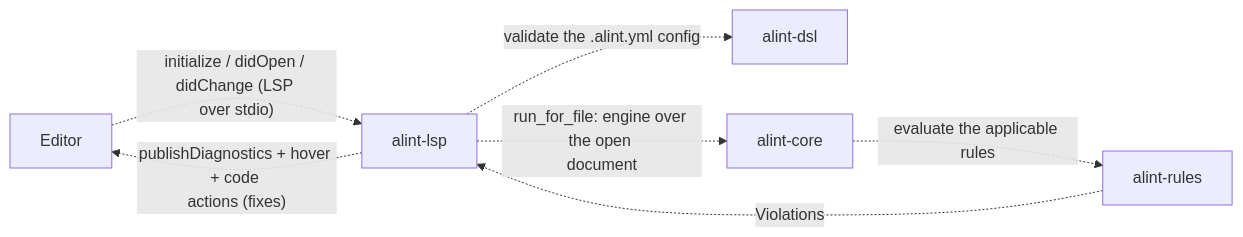
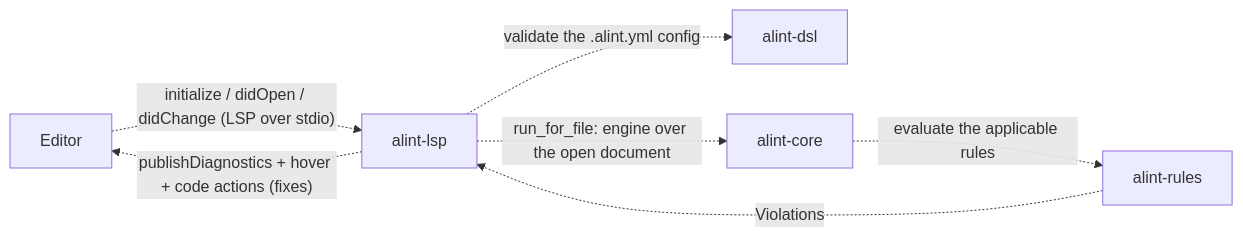
One commit to actions-marketplace-validations/asamarts_alint changed diagram 17 of 27 in docs/design/architecture/DIAGRAMS.md. Above: the diagram before and after it, drawn with Mermaid. The commit also changed other lines of this file and 19 other files, not shown here.

````diff
--- a/docs/design/architecture/DIAGRAMS.md
+++ b/docs/design/architecture/DIAGRAMS.md
@@ -387,17 +351,14 @@
 ```mermaid
 graph LR
   Editor["Editor"]
   AlintLspServerLspd["alint-lsp"]
   AlintCliDsl["alint-dsl"]
   AlintCliCore["alint-core"]
   AlintCliRules["alint-rules"]
-  Editor -. "`initialize / didOpen / didChange (LSP 
-over stdio)`" .-> AlintLspServerLspd
+  Editor -. "`initialize / didOpen / didChange (LSP over stdio)`" .-> AlintLspServerLspd
   AlintLspServerLspd -. "`validate the .alint.yml config`" .-> AlintCliDsl
-  AlintLspServerLspd -. "`run_for_file: engine over the open 
-document`" .-> AlintCliCore
+  AlintLspServerLspd -. "`run_for_file: engine over the open document`" .-> AlintCliCore
   AlintCliCore -. "`evaluate the applicable rules`" .-> AlintCliRules
   AlintCliRules -. "`Violations`" .-> AlintLspServerLspd
-  AlintLspServerLspd -. "`publishDiagnostics + hover + code 
-actions (fixes)`" .-> Editor
+  AlintLspServerLspd -. "`publishDiagnostics + hover + code actions (fixes)`" .-> Editor
 ```
````
